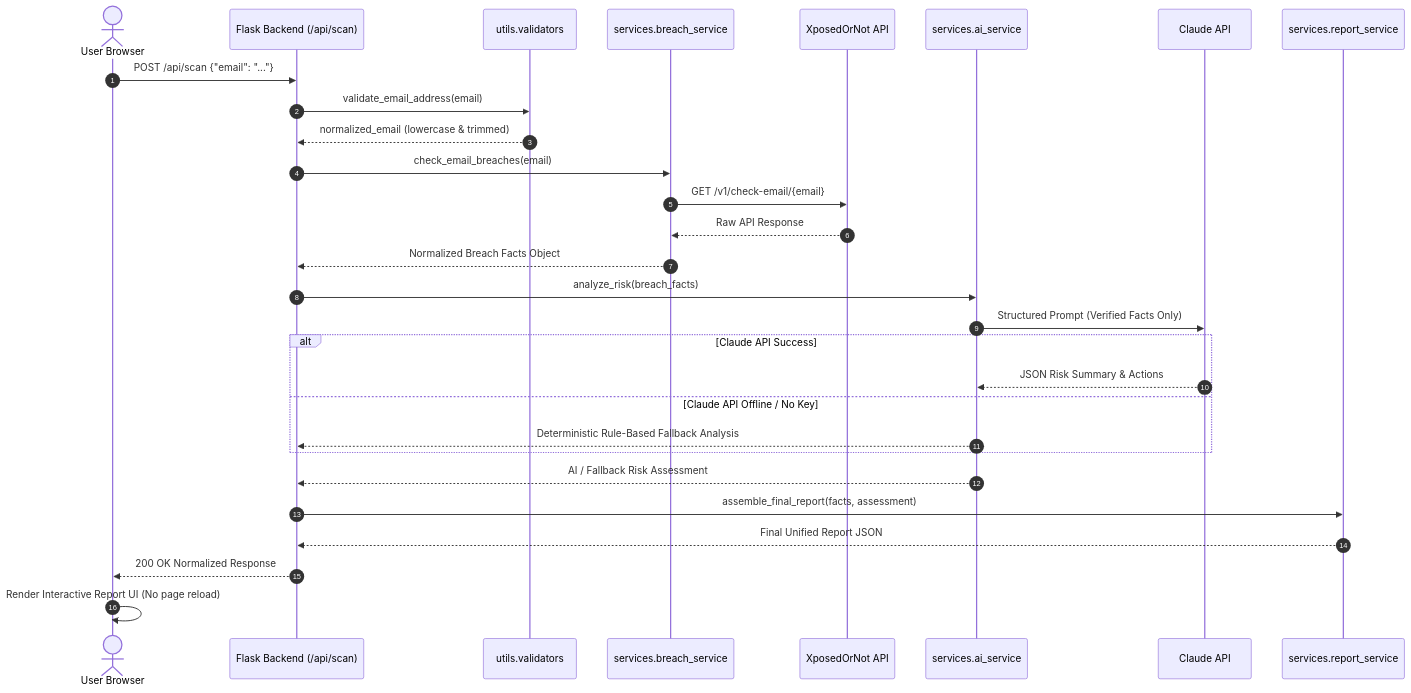
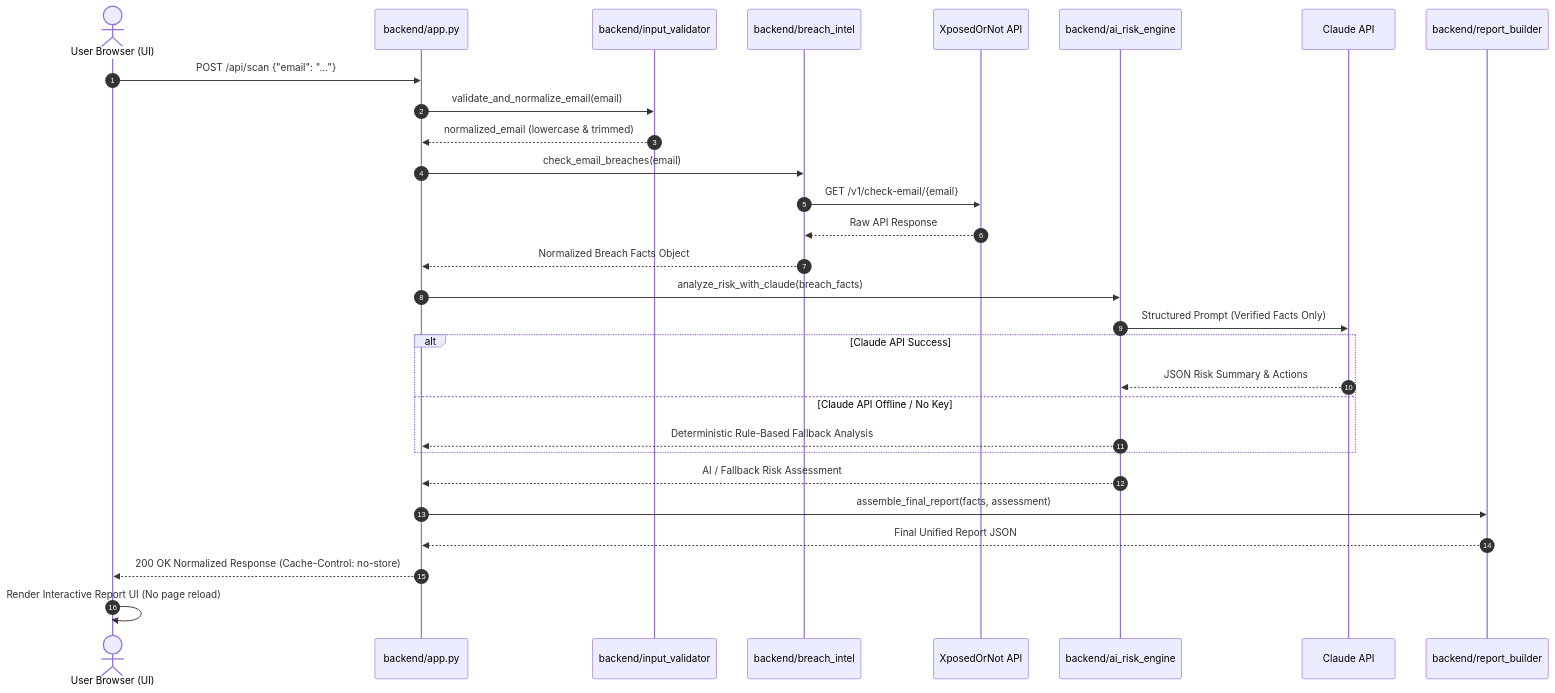
Before and after one commit to ompatel420/EchoRisk-AI: the diagram in PROJECT_IMPLEMENTATION_NOTES.md, drawn with Mermaid. The commit also changed other lines of this file and 12 other files, not shown here.

Commit message:
feat: add backend modules, AI risk engine, validation utilities, and API services

````diff
--- a/PROJECT_IMPLEMENTATION_NOTES.md
+++ b/PROJECT_IMPLEMENTATION_NOTES.md
@@ -73,32 +64,32 @@
 ```mermaid
 sequenceDiagram
     autonumber
-    actor User as User Browser
-    participant Flask as Flask Backend (/api/scan)
-    participant Validator as utils.validators
-    participant BreachSvc as services.breach_service
+    actor User as User Browser (UI)
+    participant Flask as backend/app.py
+    participant Validator as backend/input_validator
+    participant BreachIntel as backend/breach_intel
     participant XON as XposedOrNot API
-    participant AISvc as services.ai_service
+    participant RiskEngine as backend/ai_risk_engine
     participant Claude as Claude API
-    participant ReportSvc as services.report_service
+    participant ReportBuilder as backend/report_builder
 
     User->>Flask: POST /api/scan {"email": "..."}
-    Flask->>Validator: validate_email_address(email)
+    Flask->>Validator: validate_and_normalize_email(email)
     Validator-->>Flask: normalized_email (lowercase & trimmed)
-    Flask->>BreachSvc: check_email_breaches(email)
-    BreachSvc->>XON: GET /v1/check-email/{email}
-    XON-->>BreachSvc: Raw API Response
-    BreachSvc-->>Flask: Normalized Breach Facts Object
-    Flask->>AISvc: analyze_risk(breach_facts)
-    AISvc->>Claude: Structured Prompt (Verified Facts Only)
+    Flask->>BreachIntel: check_email_breaches(email)
+    BreachIntel->>XON: GET /v1/check-email/{email}
+    XON-->>BreachIntel: Raw API Response
+    BreachIntel-->>Flask: Normalized Breach Facts Object
+    Flask->>RiskEngine: analyze_risk_with_claude(breach_facts)
+    RiskEngine->>Claude: Structured Prompt (Verified Facts Only)
     alt Claude API Success
-        Claude-->>AISvc: JSON Risk Summary & Actions
+        Claude-->>RiskEngine: JSON Risk Summary & Actions
     else Claude API Offline / No Key
-        AISvc-->>Flask: Deterministic Rule-Based Fallback Analysis
+        RiskEngine-->>Flask: Deterministic Rule-Based Fallback Analysis
     end
-    AISvc-->>Flask: AI / Fallback Risk Assessment
-    Flask->>ReportSvc: assemble_final_report(facts, assessment)
-    ReportSvc-->>Flask: Final Unified Report JSON
-    Flask-->>User: 200 OK Normalized Response
+    RiskEngine-->>Flask: AI / Fallback Risk Assessment
+    Flask->>ReportBuilder: assemble_final_report(facts, assessment)
+    ReportBuilder-->>Flask: Final Unified Report JSON
+    Flask-->>User: 200 OK Normalized Response (Cache-Control: no-store)
     User->>User: Render Interactive Report UI (No page reload)
 ```
````
